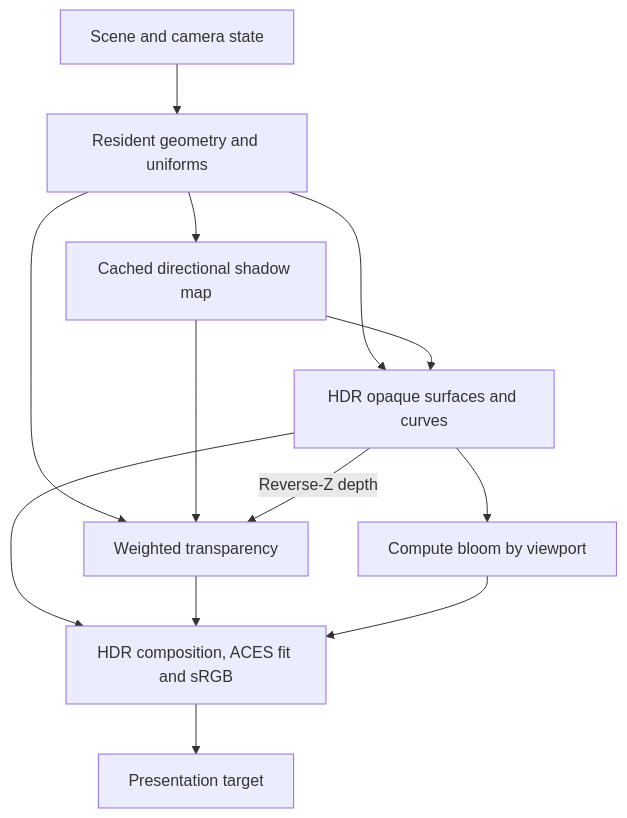
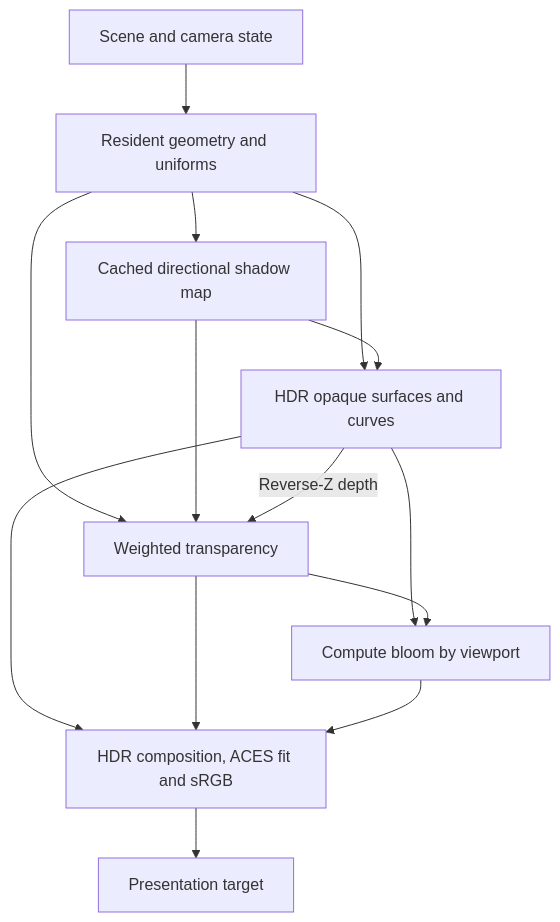
The diagram in docs/UNO7-WEBGPU-MIGRATION.md (wieslawsoltes/NurbsScene), drawn with Mermaid before and after one commit. The commit also changed other lines of this file and 19 other files, not shown here.

````diff
--- a/docs/UNO7-WEBGPU-MIGRATION.md
+++ b/docs/UNO7-WEBGPU-MIGRATION.md
@@ -44,15 +44,16 @@
 ```mermaid
 flowchart TD
     Scene["Scene and camera state"] --> Geometry["Resident geometry and uniforms"]
     Geometry --> Shadow["Cached directional shadow map"]
     Geometry --> Opaque["HDR opaque surfaces and curves"]
     Geometry --> OIT["Weighted transparency"]
     Shadow --> Opaque
     Shadow --> OIT
     Opaque -- "Reverse-Z depth" --> OIT
     Opaque --> Bloom["Compute bloom by viewport"]
+    OIT --> Bloom
     Opaque --> Composite["HDR composition, ACES fit and sRGB"]
     OIT --> Composite
     Bloom --> Composite
     Composite --> Target["Presentation target"]
 ```
````
